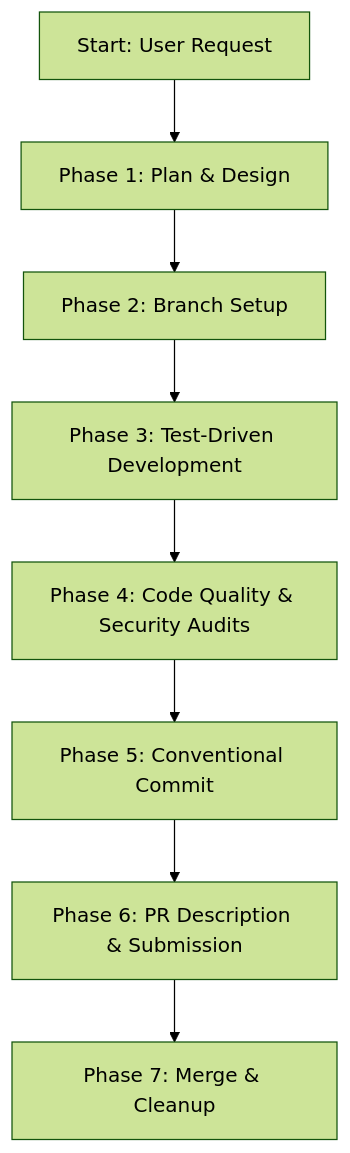
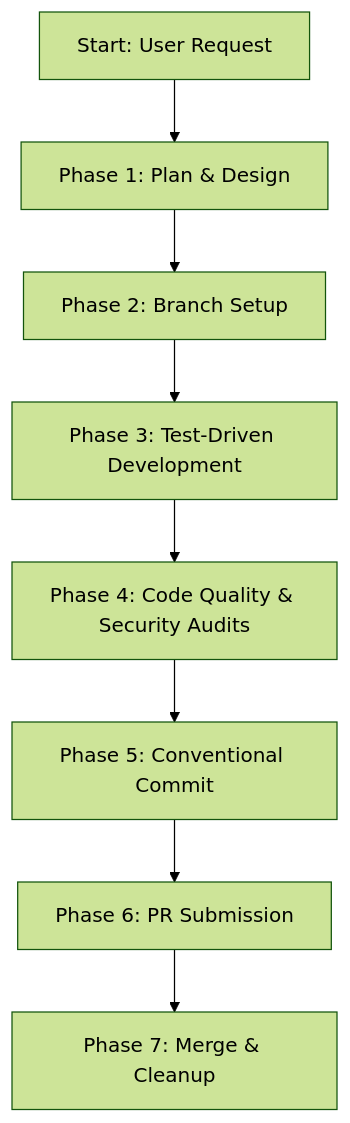
The diagram in workflows/feature-development-workflow.md (jggomez/expert-ai-developer-skills), drawn with Mermaid (forest theme) before and after one commit. The commit also changed other lines of this file and 5 other files, not shown here.

````diff
--- a/workflows/feature-development-workflow.md
+++ b/workflows/feature-development-workflow.md
@@ -10,10 +10,10 @@
 ```mermaid
 graph TD
     A[Start: User Request] --> B[Phase 1: Plan & Design]
     B --> C[Phase 2: Branch Setup]
     C --> D[Phase 3: Test-Driven Development]
     D --> E[Phase 4: Code Quality & Security Audits]
     E --> F[Phase 5: Conventional Commit]
-    F --> G[Phase 6: PR Description & Submission]
+    F --> G[Phase 6: PR Submission]
     G --> H[Phase 7: Merge & Cleanup]
 ```
````
